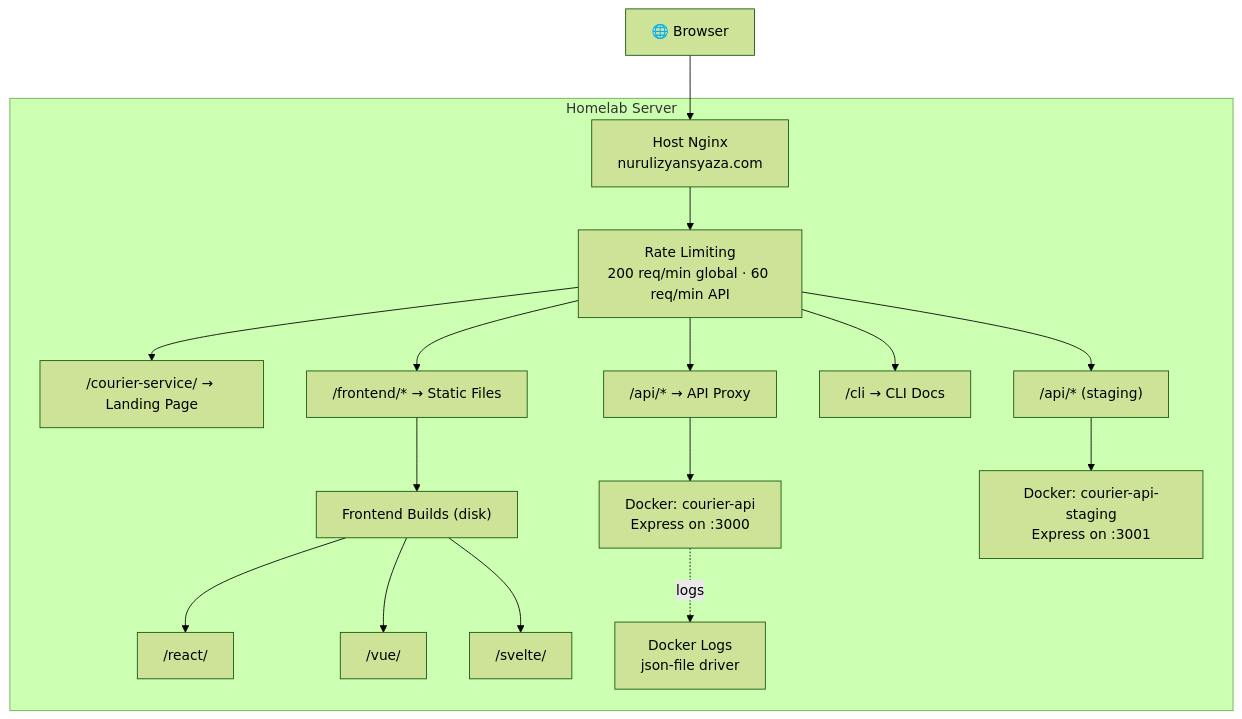
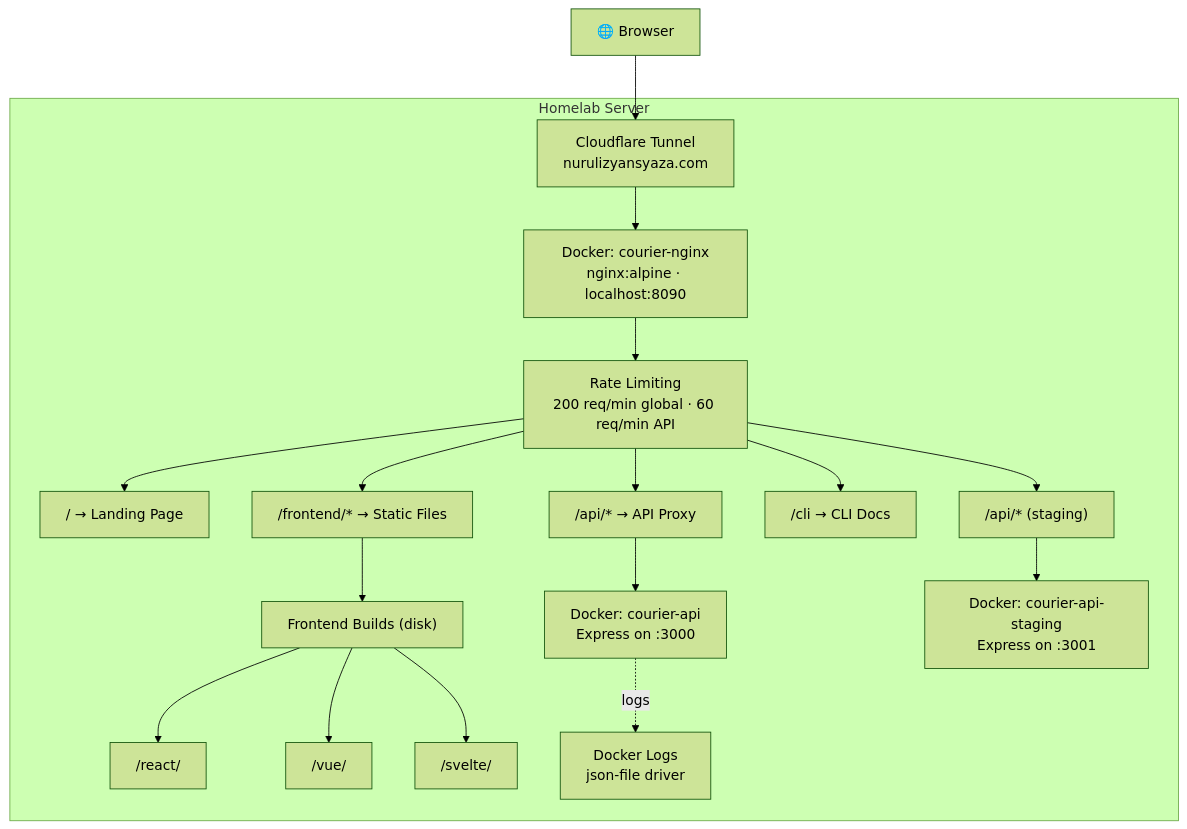
Before and after one commit to nurulizyansyaza/courier-service: the fifth of 6 diagrams in ARCHITECTURE.md, drawn with Mermaid (forest theme). The commit also changed other lines of this file and 5 other files, not shown here.

````diff
--- a/ARCHITECTURE.md
+++ b/ARCHITECTURE.md
@@ -128,24 +128,25 @@
 ```mermaid
 graph TB
-    Browser["🌐 Browser"] --> HostNginx["Host Nginx<br/>nurulizyansyaza.com"]
+    Browser["🌐 Browser"] --> CF["Cloudflare Tunnel<br/>nurulizyansyaza.com"]
 
     subgraph Homelab["Homelab Server"]
-        HostNginx --> RateLimit["Rate Limiting<br/>200 req/min global · 60 req/min API"]
+        CF --> Nginx["Docker: courier-nginx<br/>nginx:alpine · localhost:8090"]
+        Nginx --> RateLimit["Rate Limiting<br/>200 req/min global · 60 req/min API"]
 
-        RateLimit --> Landing["/courier-service/ → Landing Page"]
+        RateLimit --> Landing["/ → Landing Page"]
         RateLimit --> ApiRoute["/api/* → API Proxy"]
         RateLimit --> FERoute["/frontend/* → Static Files"]
         RateLimit --> CLIRoute["/cli → CLI Docs"]
 
         FERoute --> FrontendFiles["Frontend Builds (disk)"]
         FrontendFiles --> React["/react/"]
         FrontendFiles --> Vue["/vue/"]
         FrontendFiles --> Svelte["/svelte/"]
 
         ApiRoute --> API["Docker: courier-api<br/>Express on :3000"]
         RateLimit --> StagingAPI["/api/* (staging)"]
         StagingAPI --> APIStaging["Docker: courier-api-staging<br/>Express on :3001"]
 
         API -.->|"logs"| Logs["Docker Logs<br/>json-file driver"]
     end
 ```
````
